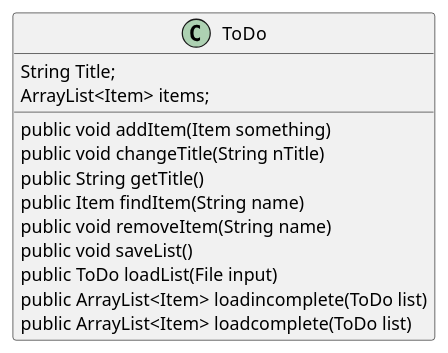
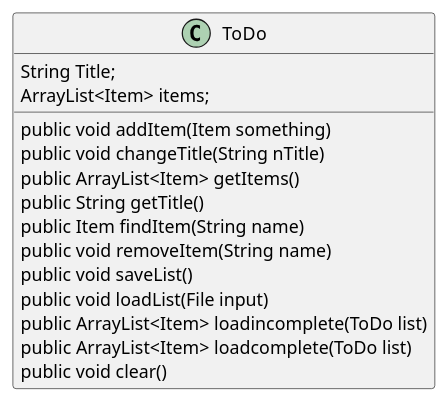
One commit to N00dles123/Lin-cop3330-assignment4part2 changed the diagram in uml/ToDo.puml. Above: the diagram before and after it, drawn with PlantUML. The commit also changed 3 other files, not shown here.

```diff
--- a/uml/ToDo.puml
+++ b/uml/ToDo.puml
@@ -1,18 +1,20 @@
 @startuml
 'https://plantuml.com/sequence-diagram
 
 
 class ToDo{
 String Title;
 ArrayList<Item> items;
 public void addItem(Item something)
 public void changeTitle(String nTitle)
+public ArrayList<Item> getItems()
 public String getTitle()
 public Item findItem(String name)
 public void removeItem(String name)
 public void saveList()
-public ToDo loadList(File input)
+public void loadList(File input)
 public ArrayList<Item> loadincomplete(ToDo list)
 public ArrayList<Item> loadcomplete(ToDo list)
+public void clear()
 }
 @enduml
```
